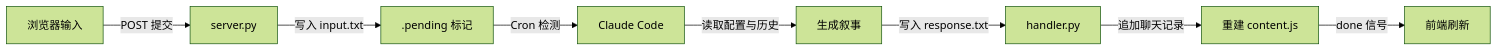
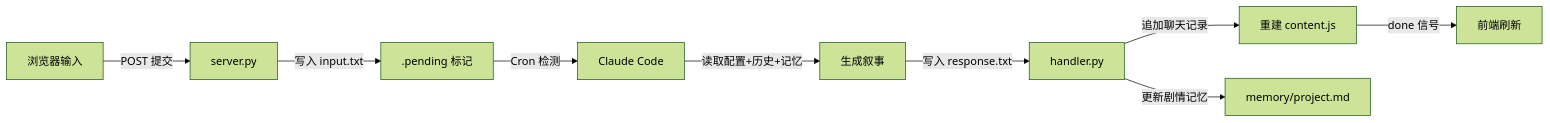
Before and after one commit to ouqiting/AIRP_ClaudeCode: the diagram in README.md, drawn with Mermaid (forest theme). The commit also changed other lines of this file, not shown here.

````diff
--- a/README.md
+++ b/README.md
@@ -277,10 +297,11 @@
 ```mermaid
 graph LR
     A[浏览器输入] -->|POST 提交| B[server.py]
     B -->|写入 input.txt| C[.pending 标记]
     C -->|Cron 检测| D[Claude Code]
-    D -->|读取配置与历史| E[生成叙事]
+    D -->|读取配置+历史+记忆| E[生成叙事]
     E -->|写入 response.txt| F[handler.py]
     F -->|追加聊天记录| G[重建 content.js]
     G -->|done 信号| H[前端刷新]
+    F -->|更新剧情记忆| I[memory/project.md]
 ```
````
